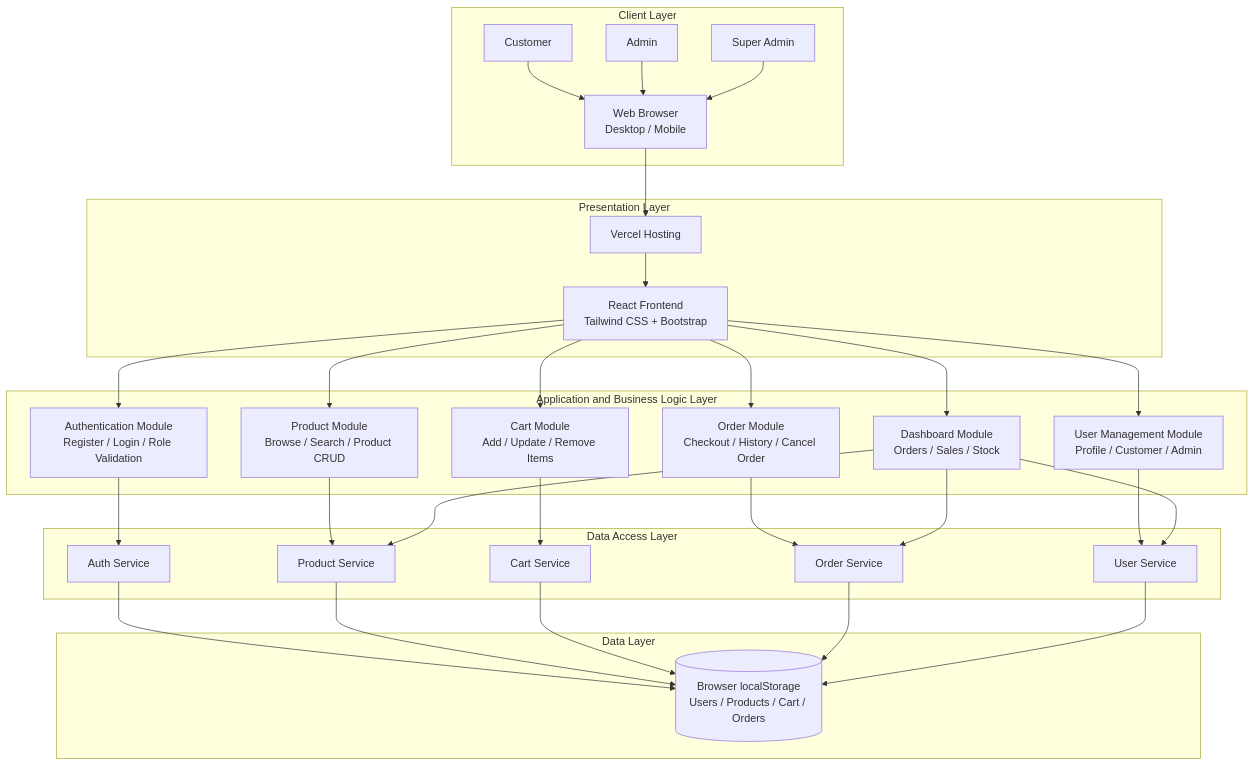
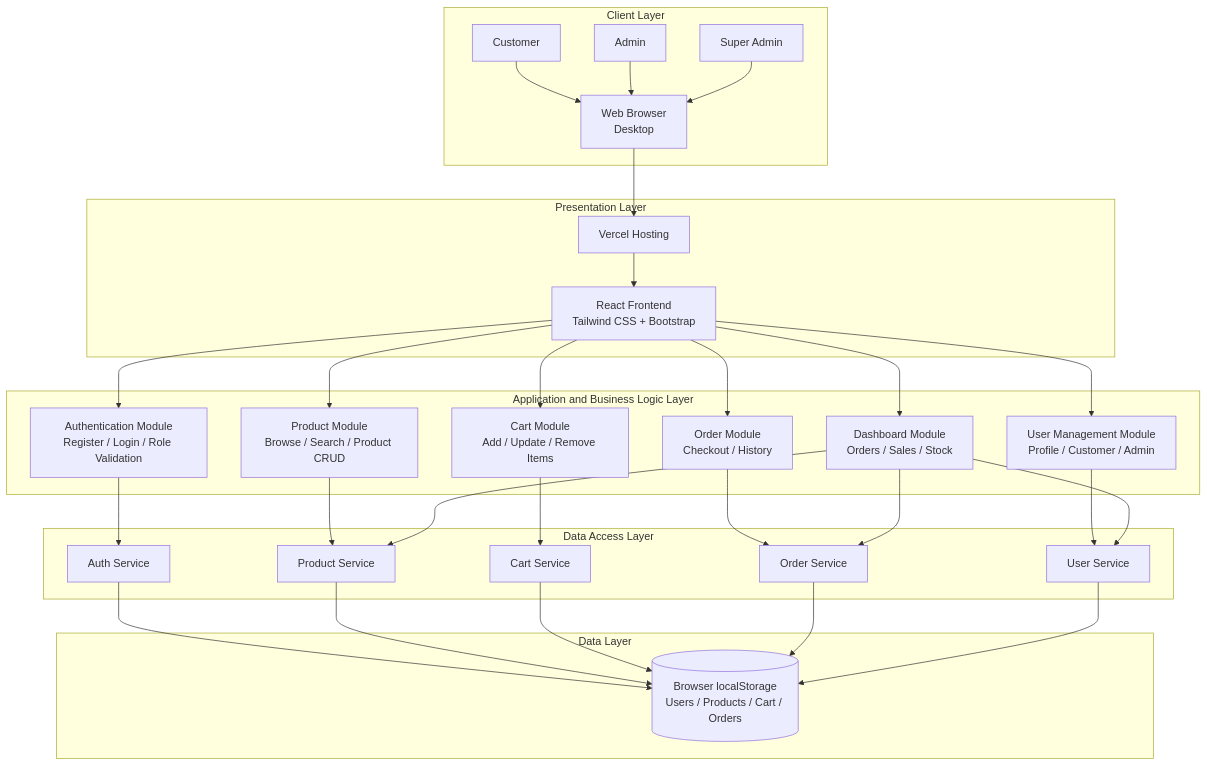
Before and after one commit to PurivatHewkao/BoardHouse: the fifth of 5 diagrams in README.md, drawn with Mermaid.

````diff
--- a/README.md
+++ b/README.md
@@ -531,64 +531,64 @@
 ```mermaid
 flowchart TB
     subgraph Client["Client Layer"]
         Customer["Customer"]
         Admin["Admin"]
         SuperAdmin["Super Admin"]
-        Browser["Web Browser<br/>Desktop / Mobile"]
+        Browser["Web Browser<br/>Desktop"]
     end
 
     subgraph Presentation["Presentation Layer"]
         Hosting["Vercel Hosting"]
         Frontend["React Frontend<br/>Tailwind CSS + Bootstrap"]
     end
 
     subgraph Application["Application and Business Logic Layer"]
         Auth["Authentication Module<br/>Register / Login / Role Validation"]
         Product["Product Module<br/>Browse / Search / Product CRUD"]
         Cart["Cart Module<br/>Add / Update / Remove Items"]
-        Order["Order Module<br/>Checkout / History / Cancel Order"]
+        Order["Order Module<br/>Checkout / History "]
         UserManagement["User Management Module<br/>Profile / Customer / Admin"]
         Dashboard["Dashboard Module<br/>Orders / Sales / Stock"]
     end
 
     subgraph Service["Data Access Layer"]
         AuthService["Auth Service"]
         ProductService["Product Service"]
         CartService["Cart Service"]
         OrderService["Order Service"]
         UserService["User Service"]
     end
 
     subgraph Data["Data Layer"]
         LocalStorage[("Browser localStorage<br/>Users / Products / Cart / Orders")]
     end
 
     Customer --> Browser
     Admin --> Browser
     SuperAdmin --> Browser
 
     Browser --> Hosting
     Hosting --> Frontend
 
     Frontend --> Auth
     Frontend --> Product
     Frontend --> Cart
     Frontend --> Order
     Frontend --> UserManagement
     Frontend --> Dashboard
 
     Auth --> AuthService
     Product --> ProductService
     Cart --> CartService
     Order --> OrderService
     UserManagement --> UserService
     Dashboard --> ProductService
     Dashboard --> OrderService
     Dashboard --> UserService
 
     AuthService --> LocalStorage
     ProductService --> LocalStorage
     CartService --> LocalStorage
     OrderService --> LocalStorage
     UserService --> LocalStorage
 ```
````
